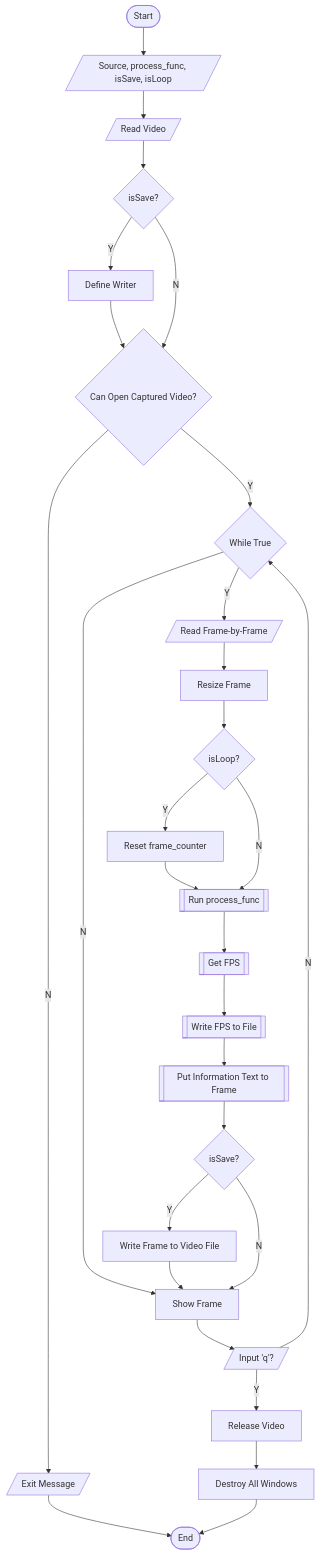
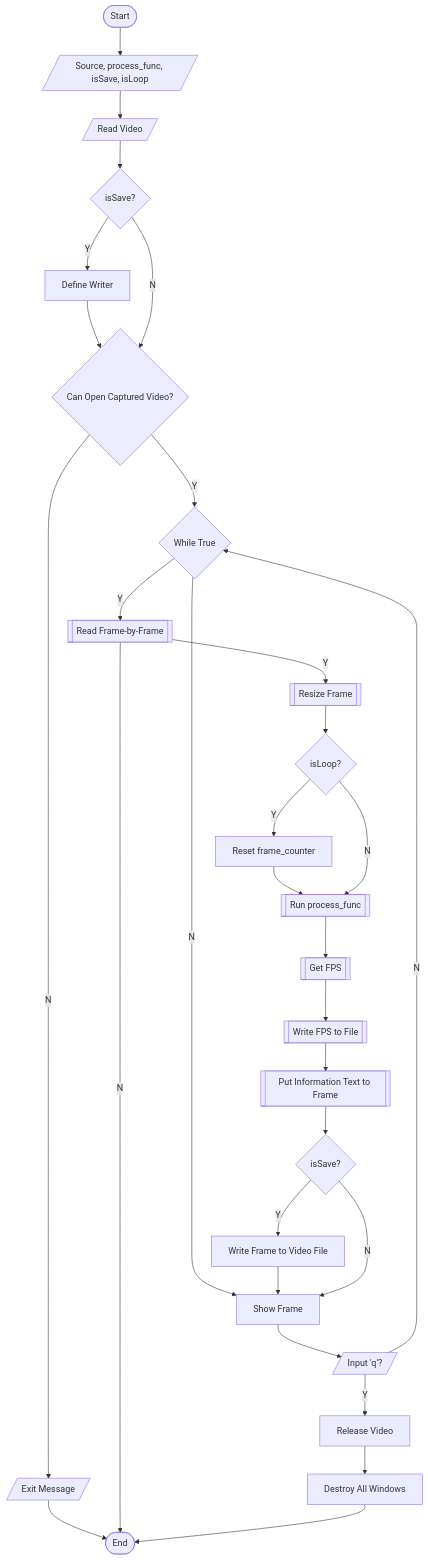
The first of 2 diagrams in note/flowchart.md (mahaamesha/tracking-floating-object-opencv), drawn with Mermaid before and after one commit.

````diff
--- a/note/flowchart.md
+++ b/note/flowchart.md
@@ -12,49 +12,50 @@
     ```mermaid
     flowchart TD
         B([ Start ]);
         E([ End ]);
         I1[/ Source, process_func, isSave, isLoop /];
         I2[/ Read Video /];
         D1{ isSave? };
         P2[ Define Writer ];
         D2{ Can Open Captured Video? };
         O1[/ Exit Message /];
         D3{ While True };
-        I3[/ Read Frame-by-Frame /];
-        P3[ Resize Frame ];
+        I3[[ Read Frame-by-Frame ]];
+        P3[[ Resize Frame ]];
         D4{ isLoop? };
         P4[ Reset frame_counter ];
         F1[[ Run process_func ]];
         F2[[ Get FPS ]];
         F3[[ Write FPS to File ]];
         F4[[ Put Information Text to Frame ]];
         D5{ isSave? };
         P5[ Write Frame to Video File ];
         P6[ Show Frame ];
         D6[/ Input 'q'? /];
         P7[ Release Video ];
         P8[ Destroy All Windows ];
         B --> I1;
         I1 --> I2;
         I2 --> D1;
         D1 -- Y --> P2 --> D2;
         D1 -- N --> D2;
         D2 -- Y --> D3;
         D2 -- N --> O1 --> E;
         D3 -- Y --> I3;
         D3 -- N --> P6;
-        I3 --> P3 --> D4;
+        I3 -- Y --> P3 --> D4;
+        I3 -- N --> E;
         D4 -- Y --> P4 --> F1;
         D4 -- N --> F1;
         F1 --> F2;
         F2 --> F3;
         F3 --> F4;
         F4 --> D5;
         D5 -- Y --> P5 --> P6;
         D5 -- N --> P6;
         P6 --> D6;
         D6 -- Y --> P7;
         D6 -- N --> D3;
         P7 --> P8;
         P8 --> E;
     ```
````
